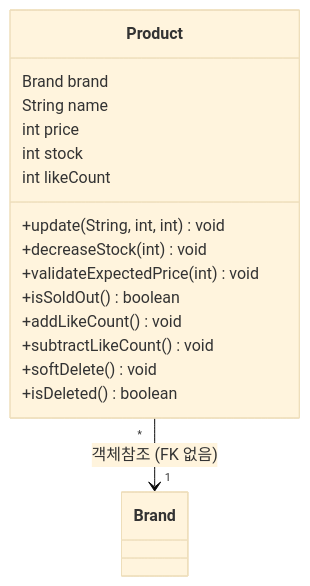
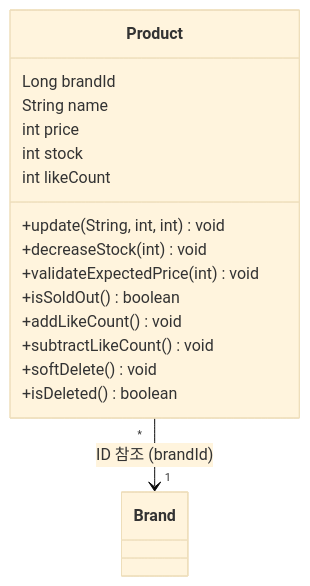
Before and after one commit to plan11plan/loop-pack-be-l2-vol3-java: the first of 2 diagrams in docs/design/product/DESIGN.md, drawn with Mermaid (base theme). The commit also changed other lines of this file and 3 other files, not shown here.

Commit message:
docs: Product → Brand ID 참조 변경에 따른 설계 문서 업데이트

````diff
--- a/docs/design/product/DESIGN.md
+++ b/docs/design/product/DESIGN.md
@@ -125,20 +125,20 @@
 ```mermaid
 classDiagram
     class Product {
-        Brand brand
+        Long brandId
         String name
         int price
         int stock
         int likeCount
         +update(String, int, int) void
         +decreaseStock(int) void
         +validateExpectedPrice(int) void
         +isSoldOut() boolean
         +addLikeCount() void
         +subtractLikeCount() void
         +softDelete() void
         +isDeleted() boolean
     }
 
-    Product "*" --> "1" Brand : 객체참조 (FK 없음)
+    Product "*" --> "1" Brand : ID 참조 (brandId)
 ```
````
